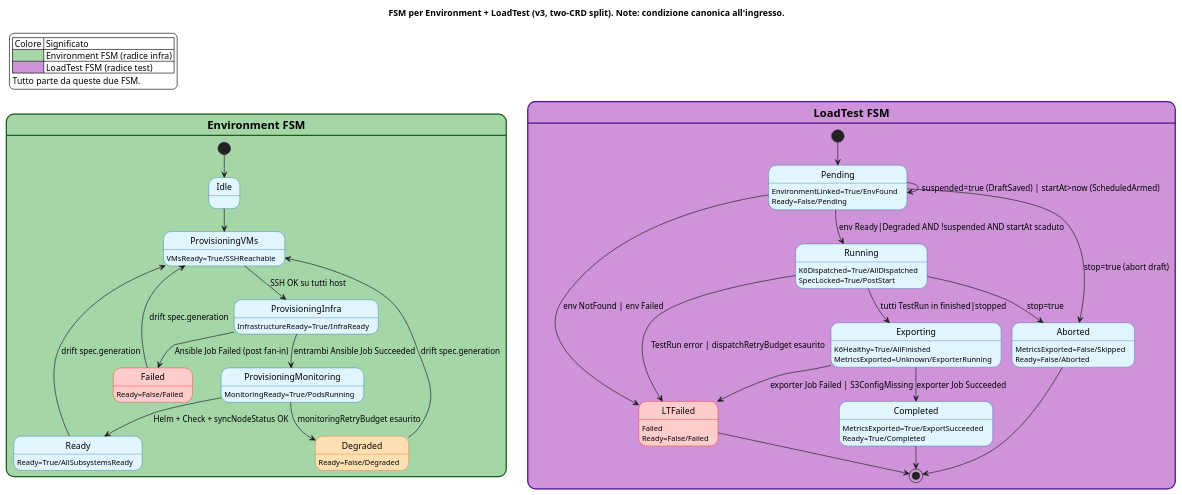
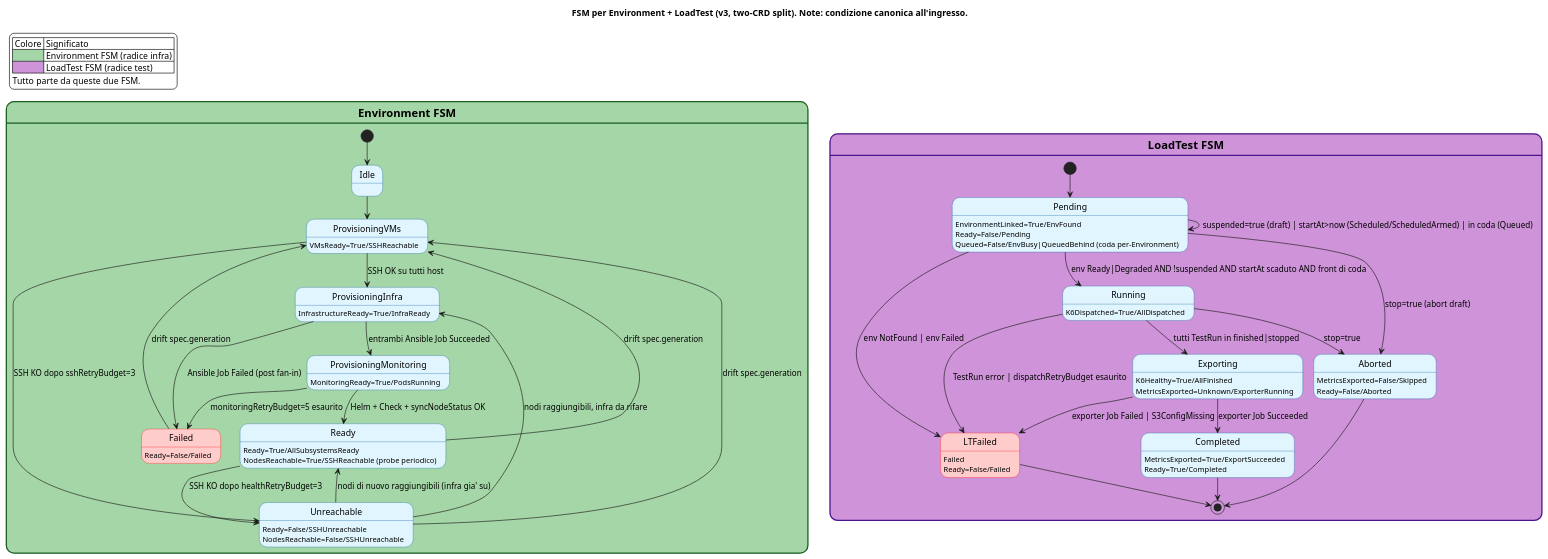
One commit to isired01/DFaaSOperator changed the diagram in UML/stati finiti.puml. Above: the diagram before and after it, drawn with PlantUML. The commit also changed 10 other files, not shown here.

```diff
--- a/UML/stati finiti.puml
+++ b/UML/stati finiti.puml
@@ -1,124 +1,130 @@
 @startuml STATI
 skinparam backgroundColor #FFFFFF
 skinparam state {
   BackgroundColor #E1F5FE
   BorderColor #01579B
   BackgroundColor<<Error>> #FFCCCC
   BorderColor<<Error>> #FF0000
   BackgroundColor<<Degraded>> #FFE0B2
   BorderColor<<Degraded>> #E65100
 }
 
 <style>
 stateDiagram {
   .EnvRoot {
     BackgroundColor #A5D6A7
     LineColor #1B5E20
     LineThickness 6
     FontStyle bold
     FontSize 18
   }
   .LTRoot {
     BackgroundColor #CE93D8
     LineColor #4A148C
     LineThickness 6
     FontStyle bold
     FontSize 18
   }
 }
 </style>
 
 legend top left
   | Colore | Significato |
   | <#A5D6A7> | Environment FSM (radice infra) |
   | <#CE93D8> | LoadTest FSM (radice test) |
   Tutto parte da queste due FSM.
 endlegend
 
 title FSM per Environment + LoadTest (v3, two-CRD split). Note: condizione canonica all'ingresso.
 
 ' =====================================================================
 ' Environment FSM
 ' Source: internal/controller/environment_controller.go +
 '         internal/controller/environment_lifecycle.go
 ' =====================================================================
 state "Environment FSM" as EnvFSM <<EnvRoot>> #A5D6A7 ##[bold]1B5E20 {
   [*] --> Idle
 
   state Idle
   state ProvisioningVMs
   ProvisioningVMs : VMsReady=True/SSHReachable
 
   state ProvisioningInfra
   ProvisioningInfra : InfrastructureReady=True/InfraReady
 
   state ProvisioningMonitoring
   ProvisioningMonitoring : MonitoringReady=True/PodsRunning
 
   state Ready
   Ready : Ready=True/AllSubsystemsReady
+  Ready : NodesReachable=True/SSHReachable (probe periodico)
 
-  state Degraded <<Degraded>>
-  Degraded : Ready=False/Degraded
+  state Unreachable
+  Unreachable : Ready=False/SSHUnreachable
+  Unreachable : NodesReachable=False/SSHUnreachable
 
   state Failed <<Error>>
   Failed : Ready=False/Failed
 
   Idle --> ProvisioningVMs
   ProvisioningVMs --> ProvisioningInfra : SSH OK su tutti host
+  ProvisioningVMs --> Unreachable : SSH KO dopo sshRetryBudget=3
   ProvisioningInfra --> ProvisioningMonitoring : entrambi Ansible Job Succeeded
   ProvisioningInfra --> Failed : Ansible Job Failed (post fan-in)
   ProvisioningMonitoring --> Ready : Helm + Check + syncNodeStatus OK
-  ProvisioningMonitoring --> Degraded : monitoringRetryBudget esaurito
+  ProvisioningMonitoring --> Failed : monitoringRetryBudget=5 esaurito
+  Ready --> Unreachable : SSH KO dopo healthRetryBudget=3
+  Unreachable --> Ready : nodi di nuovo raggiungibili (infra gia' su)
+  Unreachable --> ProvisioningInfra : nodi raggiungibili, infra da rifare
   Ready --> ProvisioningVMs : drift spec.generation
-  Degraded --> ProvisioningVMs : drift spec.generation
+  Unreachable --> ProvisioningVMs : drift spec.generation
   Failed --> ProvisioningVMs : drift spec.generation
 }
 
 ' =====================================================================
 ' LoadTest FSM
 ' Source: internal/controller/loadtest_controller.go +
 '         internal/controller/loadtest_lifecycle.go
 ' =====================================================================
 state "LoadTest FSM" as LTFSM <<LTRoot>> #CE93D8 ##[bold]4A148C {
   [*] --> Pending
 
   state Pending
   Pending : EnvironmentLinked=True/EnvFound
   Pending : Ready=False/Pending
+  Pending : Queued=False/EnvBusy|QueuedBehind (coda per-Environment)
 
   state Running
   Running : K6Dispatched=True/AllDispatched
-  Running : SpecLocked=True/PostStart
 
   state Exporting
   Exporting : K6Healthy=True/AllFinished
   Exporting : MetricsExported=Unknown/ExporterRunning
 
   state Completed
   Completed : MetricsExported=True/ExportSucceeded
   Completed : Ready=True/Completed
 
   state LTFailed <<Error>>
   LTFailed : Failed
   LTFailed : Ready=False/Failed
 
   state Aborted
   Aborted : MetricsExported=False/Skipped
   Aborted : Ready=False/Aborted
 
-  Pending --> Pending : suspended=true (DraftSaved) | startAt>now (ScheduledArmed)
-  Pending --> Running : env Ready|Degraded AND !suspended AND startAt scaduto
+  Pending --> Pending : suspended=true (draft) | startAt>now (Scheduled/ScheduledArmed) | in coda (Queued)
+  Pending --> Running : env Ready|Degraded AND !suspended AND startAt scaduto AND front di coda
   Pending --> LTFailed : env NotFound | env Failed
   Pending --> Aborted : stop=true (abort draft)
   Running --> Exporting : tutti TestRun in finished|stopped
   Running --> LTFailed : TestRun error | dispatchRetryBudget esaurito
   Running --> Aborted : stop=true
   Exporting --> Completed : exporter Job Succeeded
   Exporting --> LTFailed : exporter Job Failed | S3ConfigMissing
   Completed --> [*]
   LTFailed --> [*]
   Aborted --> [*]
 }
 
 @enduml
```
